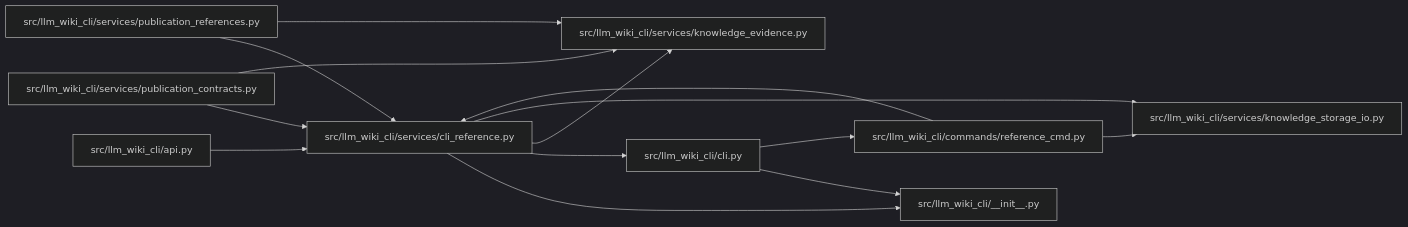
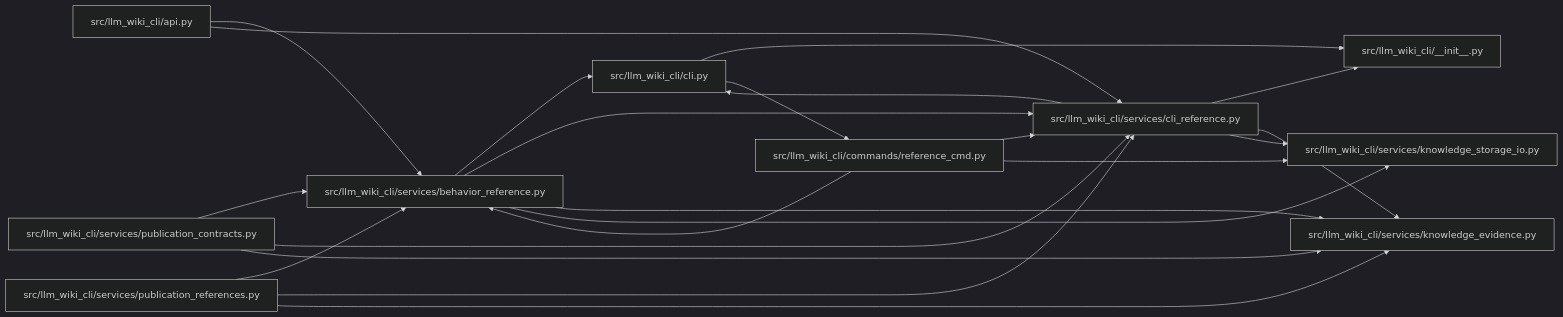
One commit to Denissvgn/python-wiki-llm changed the diagram in docs/llm_wiki/modules/cli_reference.md. Above: the diagram before and after it, drawn with Mermaid (dark theme). The commit also changed other lines of this file and 303 other files, not shown here.

Commit message:
feat: expose installed behavior facts for sibling wiki review

````diff
--- a/docs/llm_wiki/modules/cli_reference.md
+++ b/docs/llm_wiki/modules/cli_reference.md
@@ -33,34 +33,44 @@
 ```mermaid
 flowchart LR
     n0["src/llm_wiki_cli/__init__.py"]
     n1["src/llm_wiki_cli/api.py"]
     n2["src/llm_wiki_cli/cli.py"]
     n3["src/llm_wiki_cli/commands/reference_cmd.py"]
-    n4["src/llm_wiki_cli/services/cli_reference.py"]
-    n5["src/llm_wiki_cli/services/knowledge_evidence.py"]
-    n6["src/llm_wiki_cli/services/knowledge_storage_io.py"]
-    n7["src/llm_wiki_cli/services/publication_contracts.py"]
-    n8["src/llm_wiki_cli/services/publication_references.py"]
+    n4["src/llm_wiki_cli/services/behavior_reference.py"]
+    n5["src/llm_wiki_cli/services/cli_reference.py"]
+    n6["src/llm_wiki_cli/services/knowledge_evidence.py"]
+    n7["src/llm_wiki_cli/services/knowledge_storage_io.py"]
+    n8["src/llm_wiki_cli/services/publication_contracts.py"]
+    n9["src/llm_wiki_cli/services/publication_references.py"]
     n1 --> n4
+    n1 --> n5
     n2 --> n0
     n2 --> n3
     n3 --> n4
-    n3 --> n6
-    n4 --> n0
+    n3 --> n5
+    n3 --> n7
     n4 --> n2
     n4 --> n5
     n4 --> n6
-    n7 --> n4
-    n7 --> n5
+    n4 --> n7
+    n5 --> n0
+    n5 --> n2
+    n5 --> n6
+    n5 --> n7
     n8 --> n4
     n8 --> n5
+    n8 --> n6
+    n9 --> n4
+    n9 --> n5
+    n9 --> n6
     click n0 "../modules/llm_wiki_cli___init__.md"
     click n1 "../modules/api.md"
     click n2 "../modules/cli.md"
     click n3 "../modules/reference_cmd.md"
-    click n4 "../modules/cli_reference.md"
-    click n5 "../modules/knowledge_evidence.md"
-    click n6 "../modules/knowledge_storage_io.md"
-    click n7 "../modules/publication_contracts.md"
-    click n8 "../modules/publication_references.md"
+    click n4 "../modules/behavior_reference.md"
+    click n5 "../modules/cli_reference.md"
+    click n6 "../modules/knowledge_evidence.md"
+    click n7 "../modules/knowledge_storage_io.md"
+    click n8 "../modules/publication_contracts.md"
+    click n9 "../modules/publication_references.md"
 ```
````
